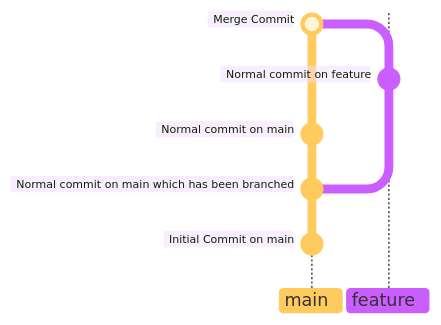
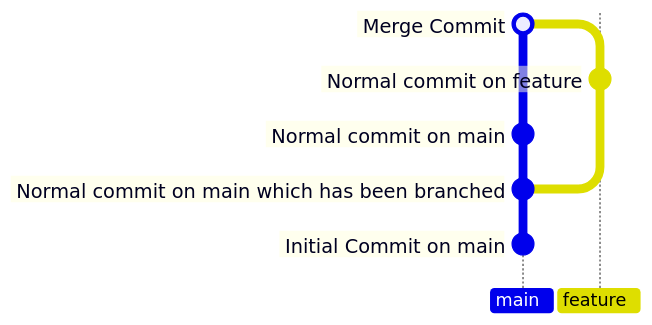
The diagram in SmartGit/Latest/GitConcepts/Commits.md (nonnb/nonnb.github.io), drawn with Mermaid before and after one commit. The commit also changed other lines of this file, not shown here.

````diff
--- a/SmartGit/Latest/GitConcepts/Commits.md
+++ b/SmartGit/Latest/GitConcepts/Commits.md
@@ -24,13 +26,17 @@
-<div class="mermaid">
-%%{init: { 'logLevel': 'debug', 'theme': 'base', 'gitGraph': {'rotateCommitLabel': false, 'mainBranchName': 'main'}} }%%
+``` mermaid  
+%%{init: { 'logLevel': 'debug', 'theme': 'default', 
+  'gitGraph': {'rotateCommitLabel': false, 'mainBranchName': 'main'}, 
+  'themeVariables': {
+     'commitLabelFontSize': '1.1em'
+   } } }%%
 gitGraph BT:
   commit id: "Initial Commit on main"
   commit id: "Normal commit on main which has been branched"
   branch feature
   checkout main
   commit id: "Normal commit on main"
   checkout feature
   commit id: "Normal commit on feature"
   checkout main
   merge feature id: "Merge Commit"
-</div>
+```
````
